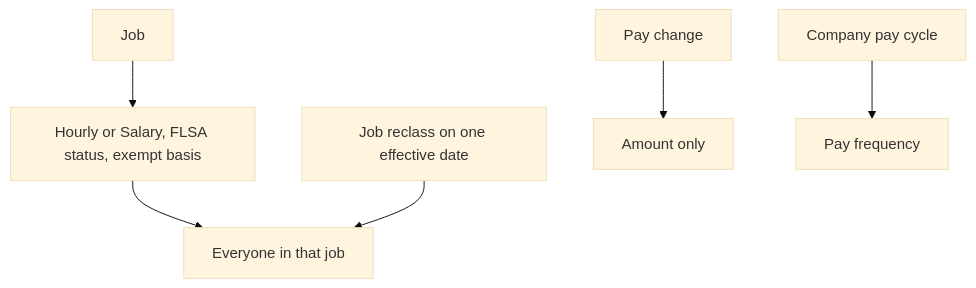
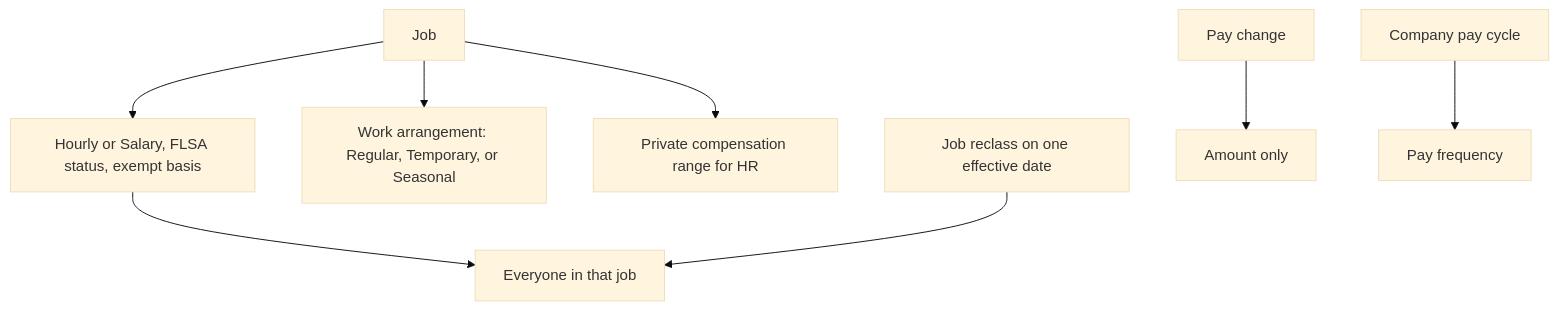
One commit to staceykay67/scalemaker-hris-showcase changed the eighth of 23 diagrams in README.md. Above: the diagram before and after it, drawn with Mermaid (base theme). The commit also changed other lines of this file, not shown here.

````diff
--- a/README.md
+++ b/README.md
@@ -328,8 +355,10 @@
 ```mermaid
 flowchart TB
     Job["Job"] --> Class["Hourly or Salary, FLSA status, exempt basis"]
+    Job --> Arrange["Work arrangement: Regular, Temporary, or Seasonal"]
+    Job --> Range["Private compensation range for HR"]
     Class --> People["Everyone in that job"]
     Reclass["Job reclass on one effective date"] --> People
     Pay["Pay change"] --> Amount["Amount only"]
     Cycle["Company pay cycle"] --> Freq["Pay frequency"]
 ```
````
